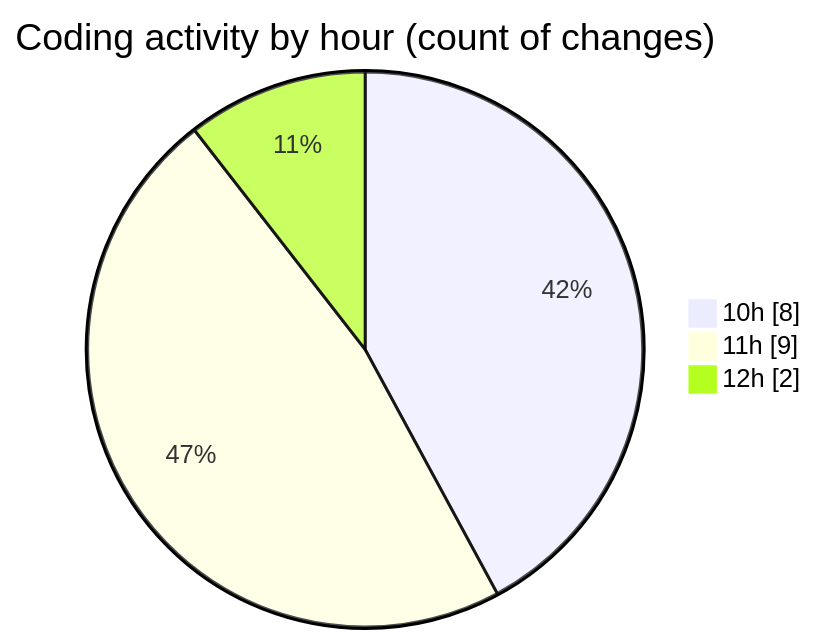
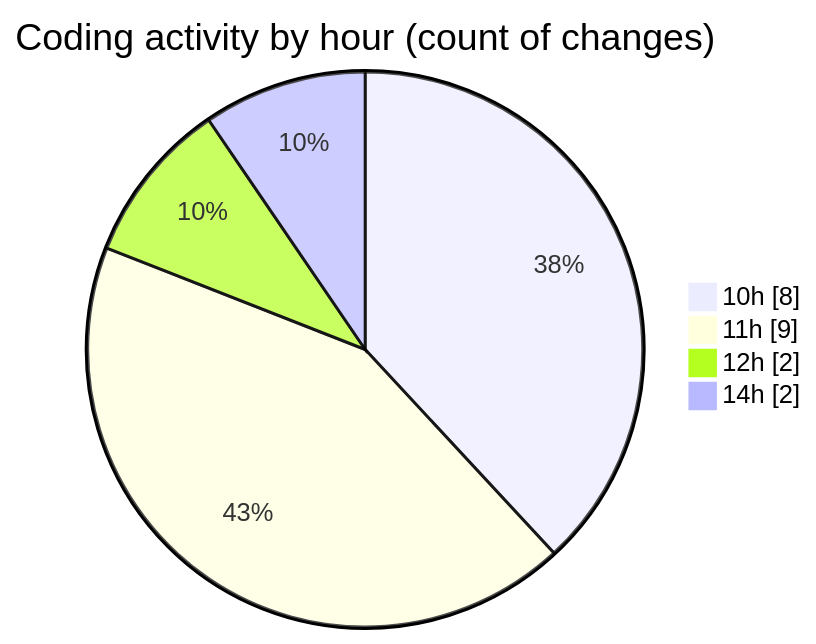
Before and after one commit to igalym/code-tracking: the second of 2 diagrams in 2025-12-30/budget_front_nest/README.md, drawn with Mermaid. The commit also changed other lines of this file and 1 other file, not shown here.

````diff
--- a/2025-12-30/budget_front_nest/README.md
+++ b/2025-12-30/budget_front_nest/README.md
@@ -42,7 +43,8 @@
 ```mermaid
 pie showData
 title Coding activity by hour (count of changes)
 "10h" : 8
 "11h" : 9
 "12h" : 2
+"14h" : 2
 ```
````
